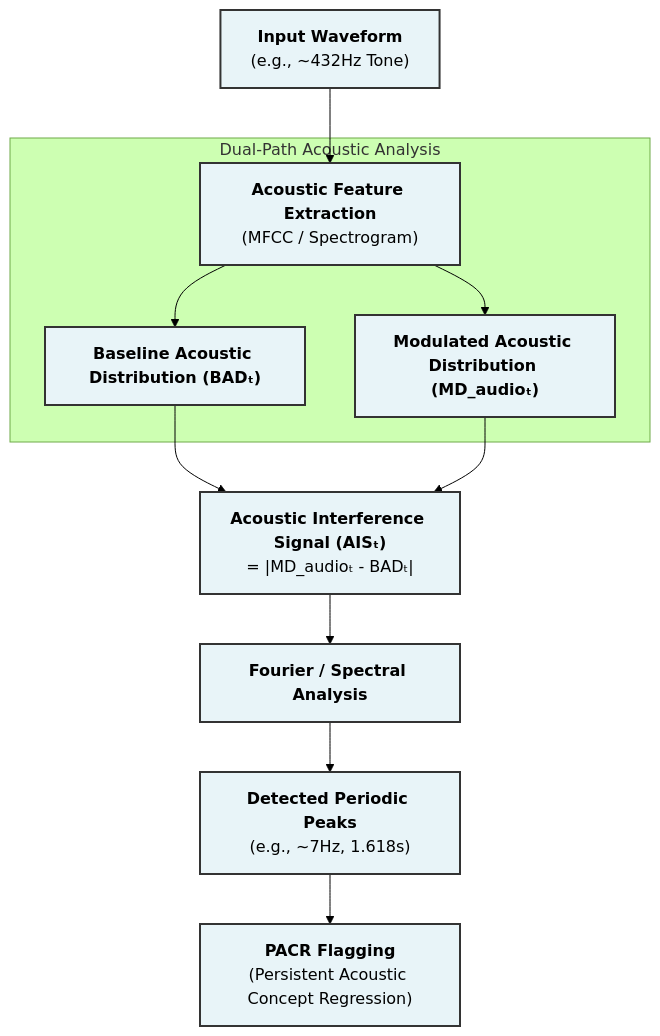
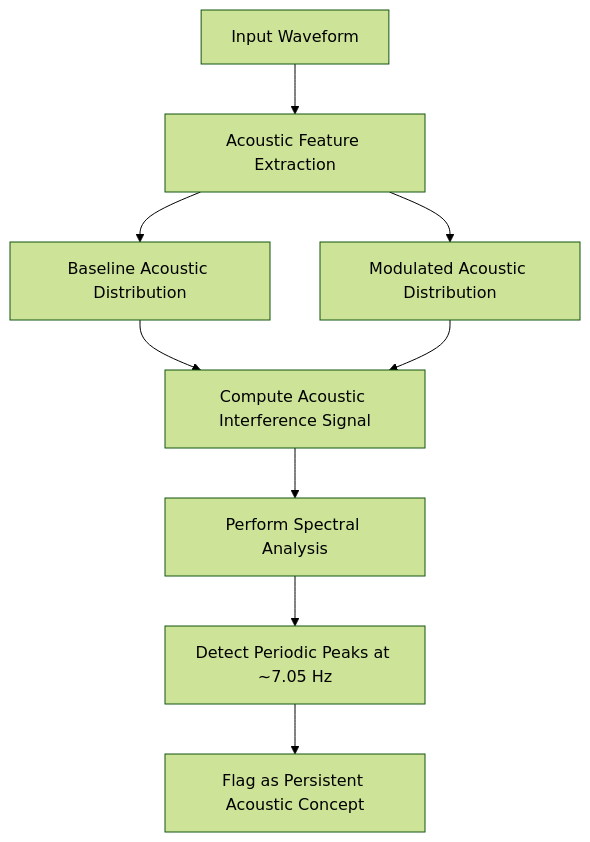
Before and after one commit to Foundup/Foundups-Agent: the sixth of 13 diagrams in WSP_knowledge/docs/Papers/Patent_Series/04_rESP_Patent_Updated.md, drawn with Mermaid (forest theme). The commit also changed other lines of this file, not shown here.

First line of the commit message:
Patent: Enhanced rESP Patent with comprehensive technical diagrams

````diff
--- a/WSP_knowledge/docs/Papers/Patent_Series/04_rESP_Patent_Updated.md
+++ b/WSP_knowledge/docs/Papers/Patent_Series/04_rESP_Patent_Updated.md
@@ -131,22 +118,11 @@
 ```mermaid
 graph TD
-    A["<b>Input Waveform</b><br>(e.g., ~432Hz Tone)"]
-    --> B["<b>Acoustic Feature Extraction</b><br>(MFCC / Spectrogram)"];
-
-    subgraph "Dual-Path Acoustic Analysis"
-        B --> C["<b>Baseline Acoustic Distribution (BADₜ)</b>"];
-        B --> D["<b>Modulated Acoustic Distribution (MD_audioₜ)</b>"];
-    end
-
-    E["<b>Acoustic Interference Signal (AISₜ)</b><br>= |MD_audioₜ - BADₜ|"];
-
-    C --> E;
-    D --> E;
-
-    E --> F["<b>Fourier / Spectral Analysis</b>"];
-    F --> G["<b>Detected Periodic Peaks</b><br>(e.g., ~7Hz, 1.618s)"];
-    G --> H["<b>PACR Flagging</b><br>(Persistent Acoustic Concept Regression)"];
-
-    classDef module fill:#e8f4f8,stroke:#333,stroke-width:2px;
-    class A,B,C,D,E,F,G,H module;
+    A["Input Waveform"] --> B["Acoustic Feature Extraction"]
+    B --> C["Baseline Acoustic Distribution"]
+    B --> D["Modulated Acoustic Distribution"]
+    C --> E["Compute Acoustic Interference Signal"]
+    D --> E
+    E --> F["Perform Spectral Analysis"]
+    F --> G["Detect Periodic Peaks at ~7.05 Hz"]
+    G --> H["Flag as Persistent Acoustic Concept"]
 ```
````
